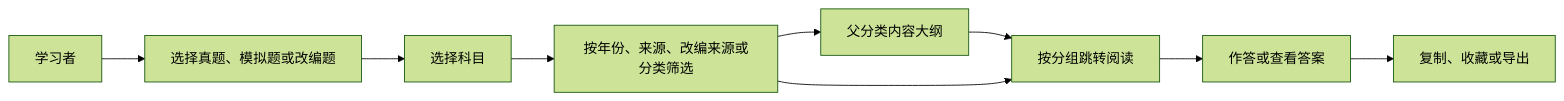
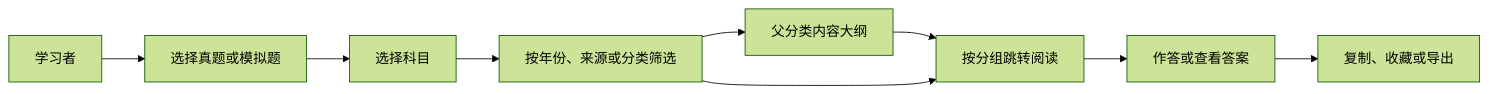
The second of 6 diagrams in doc/模块说明文档.md (ddll8023/408web), drawn with Mermaid (forest theme) before and after one commit. The commit also changed other lines of this file and 16 other files, not shown here.

````diff
--- a/doc/模块说明文档.md
+++ b/doc/模块说明文档.md
@@ -392,11 +391,11 @@
 ```mermaid
 flowchart LR
-    U[学习者] --> T[选择真题、模拟题或改编题]
+    U[学习者] --> T[选择真题或模拟题]
     T --> S[选择科目]
-    S --> F[按年份、来源、改编来源或分类筛选]
+    S --> F[按年份、来源或分类筛选]
     F --> N[父分类内容大纲]
     N --> R[按分组跳转阅读]
     F --> R
     R --> A[作答或查看答案]
     A --> O[复制、收藏或导出]
 ```
````
